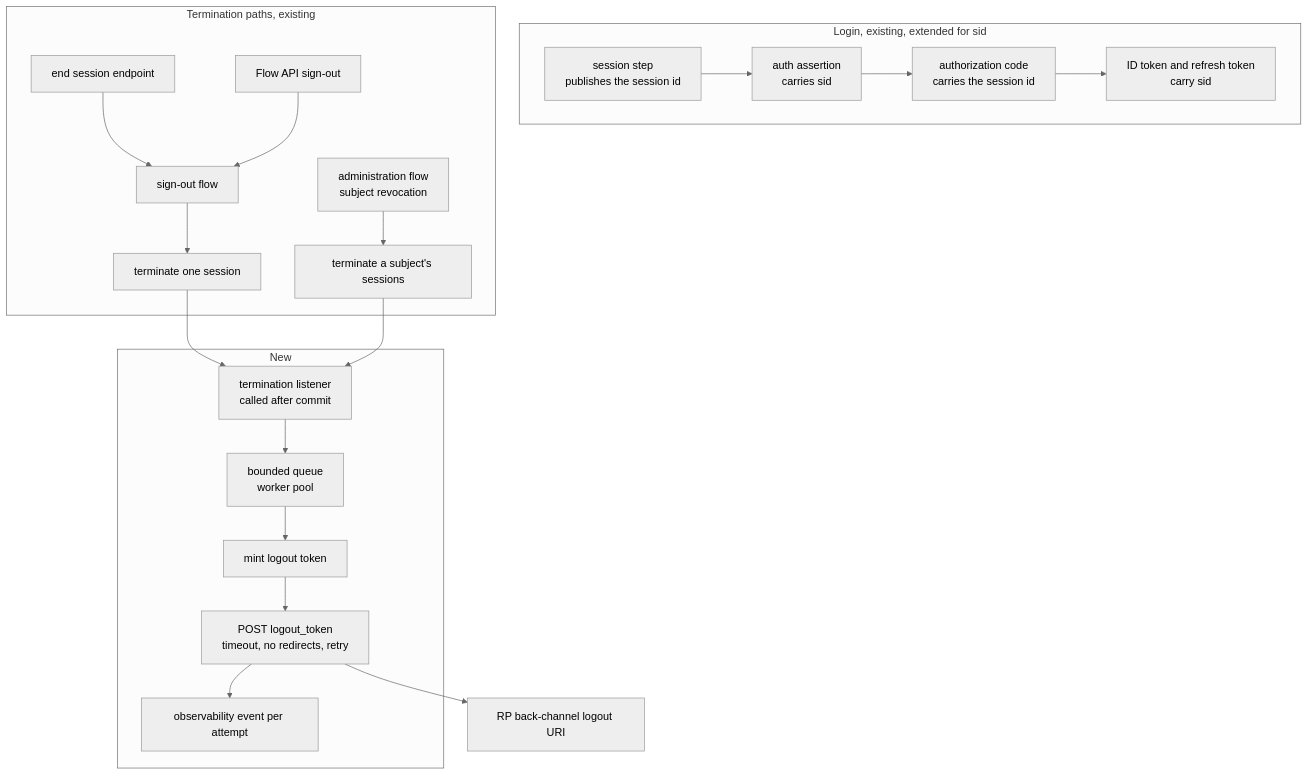
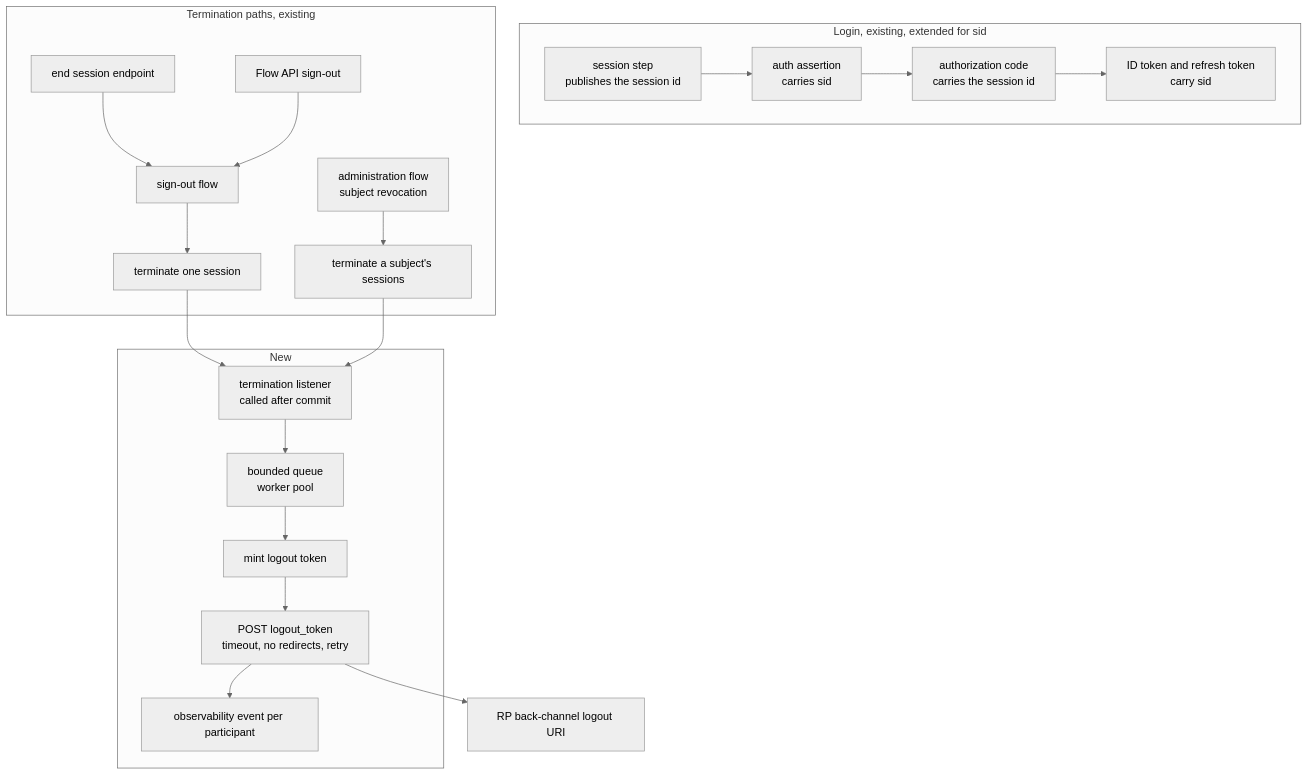
Before and after one commit to thiva-k/thunder: the first of 2 diagrams in docs-internals/back-channel-logout/spec.md, drawn with Mermaid (neutral theme). The commit also changed other lines of this file, not shown here.

````diff
--- a/docs-internals/back-channel-logout/spec.md
+++ b/docs-internals/back-channel-logout/spec.md
@@ -53,31 +53,31 @@
 ```mermaid
 flowchart TB
     subgraph Login["Login, existing, extended for sid"]
         SE["session step<br/>publishes the session id"]
         AA["auth assertion<br/>carries sid"]
         AC["authorization code<br/>carries the session id"]
         IDT["ID token and refresh token<br/>carry sid"]
         SE --> AA --> AC --> IDT
     end
 
     subgraph Terminate["Termination paths, existing"]
         ES["end session endpoint"] --> SOF["sign-out flow"]
         FA["Flow API sign-out"] --> SOF
         ADM["administration flow<br/>subject revocation"]
         SOF --> SS["terminate one session"]
         ADM --> SBS["terminate a subject's sessions"]
     end
 
     subgraph New["New"]
         TL["termination listener<br/>called after commit"]
         Q["bounded queue<br/>worker pool"]
         MINT["mint logout token"]
         POST["POST logout_token<br/>timeout, no redirects, retry"]
-        AUD["observability event per attempt"]
+        AUD["observability event per participant"]
     end
 
     SS --> TL
     SBS --> TL
     TL --> Q --> MINT --> POST --> RP["RP back-channel logout URI"]
     POST --> AUD
 ```
````
